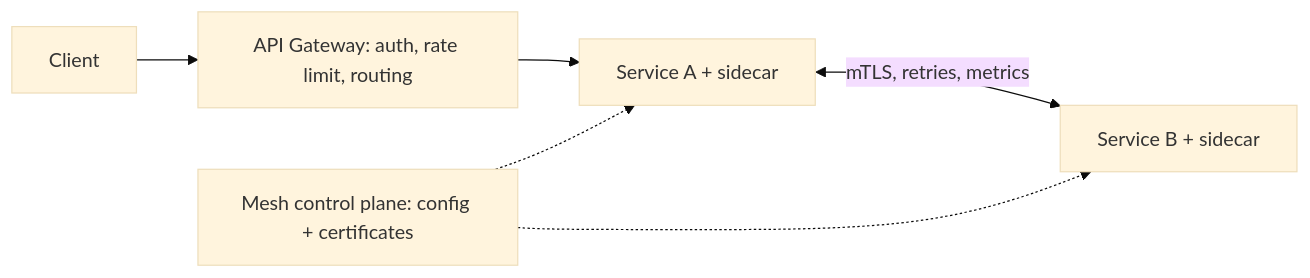
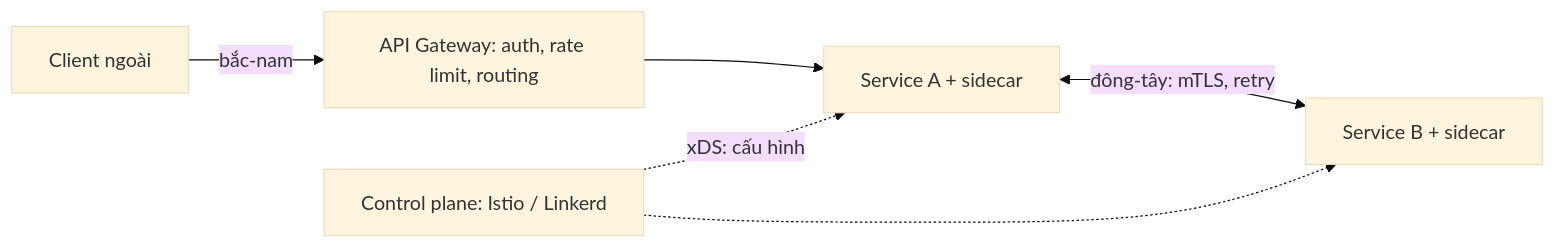
Before and after one commit to passion-Infinity/personal-tech-playbook: the diagram in src/assets/knowledge/playbooks/distributed/service-mesh-api-gateway.md, drawn with Mermaid (base theme). The commit also changed other lines of this file and 4 other files, not shown here.

First line of the commit message:
Deep-dive rewrite: Kubernetes, service mesh/API gateway, CQRS/event sourcing (distributed complete)

````diff
--- a/src/assets/knowledge/playbooks/distributed/service-mesh-api-gateway.md
+++ b/src/assets/knowledge/playbooks/distributed/service-mesh-api-gateway.md
@@ -15,8 +42,8 @@
 ```mermaid
 flowchart LR
-    C[Client] --> GW["API Gateway: auth, rate limit, routing"]
+    C["Client ngoài"] -->|"bắc-nam"| GW["API Gateway: auth, rate limit, routing"]
     GW --> A["Service A + sidecar"]
-    A <-->|"mTLS, retries, metrics"| B["Service B + sidecar"]
-    CP["Mesh control plane: config + certificates"] -.-> A
+    A <-->|"đông-tây: mTLS, retry"| B["Service B + sidecar"]
+    CP["Control plane: Istio / Linkerd"] -.->|"xDS: cấu hình"| A
     CP -.-> B
 ```
````
